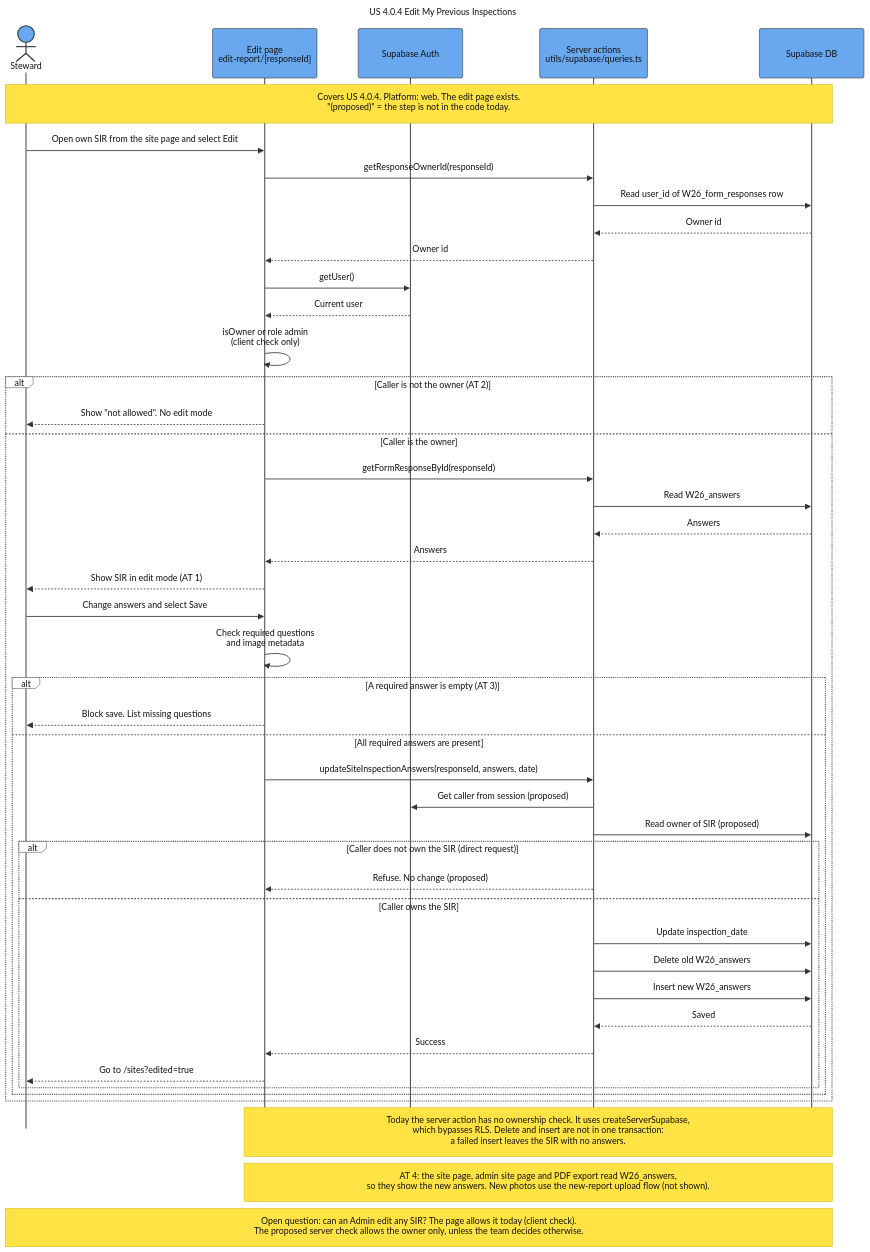
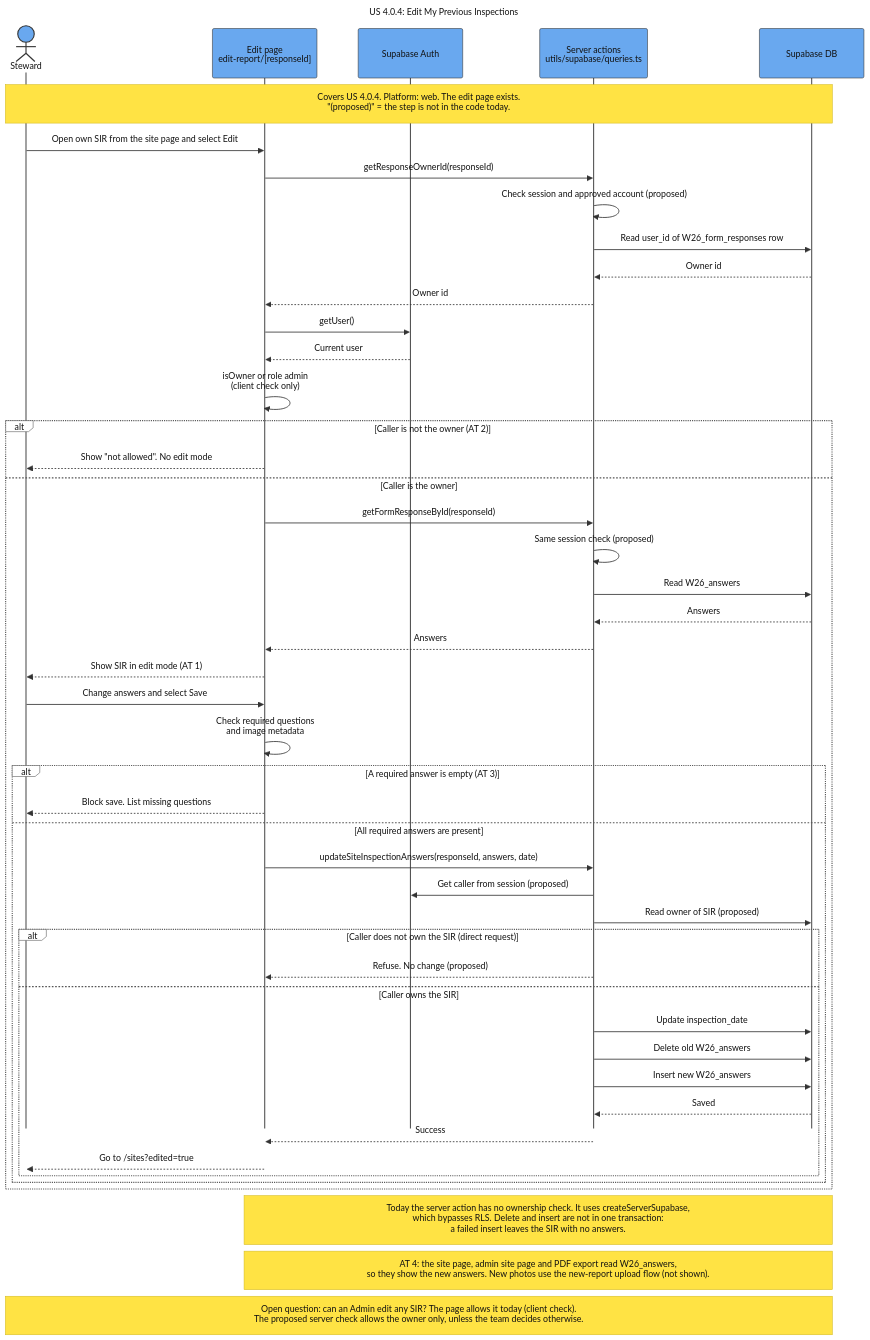
Before and after one commit to SAPAA-Dev/W26Project-SAPAA-Dev-Team: the diagram in docs/assets/Sequence_US_4_0_4_Edit_My_Previous_Inspections.mmd, drawn with Mermaid. The commit also changed 91 other files, not shown here.

```diff
--- a/docs/assets/Sequence_US_4_0_4_Edit_My_Previous_Inspections.mmd
+++ b/docs/assets/Sequence_US_4_0_4_Edit_My_Previous_Inspections.mmd
@@ -1,91 +1,93 @@
 ---
-title: "US 4.0.4 Edit My Previous Inspections"
+title: "US 4.0.4: Edit My Previous Inspections"
 config:
   theme: base
   sequence:
     actorMargin: 75
     boxMargin: 12
     diagramMarginX: 45
     diagramMarginY: 30
     messageMargin: 40
     noteMargin: 16
     mirrorActors: false
     width: 190
     height: 90
   themeVariables:
     background: "#ffffff"
     primaryColor: "#69a8ef"
     primaryBorderColor: "#333333"
     primaryTextColor: "#111111"
     actorBkg: "#69a8ef"
     actorBorder: "#333333"
     actorTextColor: "#111111"
     actorLineColor: "#555555"
     signalColor: "#333333"
     signalTextColor: "#111111"
     activationBkgColor: "#cdd3db"
     activationBorderColor: "#cdd3db"
     noteBkgColor: "#ffe344"
     noteBorderColor: "#d4ba24"
     noteTextColor: "#111111"
     labelBoxBkgColor: "#ffffff"
     labelBoxBorderColor: "#555555"
     labelTextColor: "#111111"
     loopTextColor: "#111111"
     altBackground: "#ffffff"
   themeCSS: |
     .actor-line {
       stroke-dasharray: 10 10 !important;
       stroke-width: 1.25px !important;
     }
 ---
 sequenceDiagram
     autonumber off
     actor Steward
     participant Edit as Edit page<br/>edit-report/[responseId]
     participant Auth as Supabase Auth
     participant Server as Server actions<br/>utils/supabase/queries.ts
     participant DB as Supabase DB
 
     Note over Steward,DB: Covers US 4.0.4. Platform: web. The edit page exists.<br/>"(proposed)" = the step is not in the code today.
 
     Steward->>Edit: Open own SIR from the site page and select Edit
     Edit->>Server: getResponseOwnerId(responseId)
+    Server->>Server: Check session and approved account (proposed)
     Server->>DB: Read user_id of W26_form_responses row
     DB-->>Server: Owner id
     Server-->>Edit: Owner id
     Edit->>Auth: getUser()
     Auth-->>Edit: Current user
     Edit->>Edit: isOwner or role admin<br/>(client check only)
     alt Caller is not the owner (AT 2)
         Edit-->>Steward: Show "not allowed". No edit mode
     else Caller is the owner
         Edit->>Server: getFormResponseById(responseId)
+        Server->>Server: Same session check (proposed)
         Server->>DB: Read W26_answers
         DB-->>Server: Answers
         Server-->>Edit: Answers
         Edit-->>Steward: Show SIR in edit mode (AT 1)
         Steward->>Edit: Change answers and select Save
         Edit->>Edit: Check required questions<br/>and image metadata
         alt A required answer is empty (AT 3)
             Edit-->>Steward: Block save. List missing questions
         else All required answers are present
             Edit->>Server: updateSiteInspectionAnswers(responseId, answers, date)
             Server->>Auth: Get caller from session (proposed)
             Server->>DB: Read owner of SIR (proposed)
             alt Caller does not own the SIR (direct request)
                 Server-->>Edit: Refuse. No change (proposed)
             else Caller owns the SIR
                 Server->>DB: Update inspection_date
                 Server->>DB: Delete old W26_answers
                 Server->>DB: Insert new W26_answers
                 DB-->>Server: Saved
                 Server-->>Edit: Success
                 Edit-->>Steward: Go to /sites?edited=true
             end
         end
     end
 
     Note over Edit,DB: Today the server action has no ownership check. It uses createServerSupabase,<br/>which bypasses RLS. Delete and insert are not in one transaction:<br/>a failed insert leaves the SIR with no answers.
     Note over Edit,DB: AT 4: the site page, admin site page and PDF export read W26_answers,<br/>so they show the new answers. New photos use the new-report upload flow (not shown).
     Note over Steward,DB: Open question: can an Admin edit any SIR? The page allows it today (client check).<br/>The proposed server check allows the owner only, unless the team decides otherwise.
```
